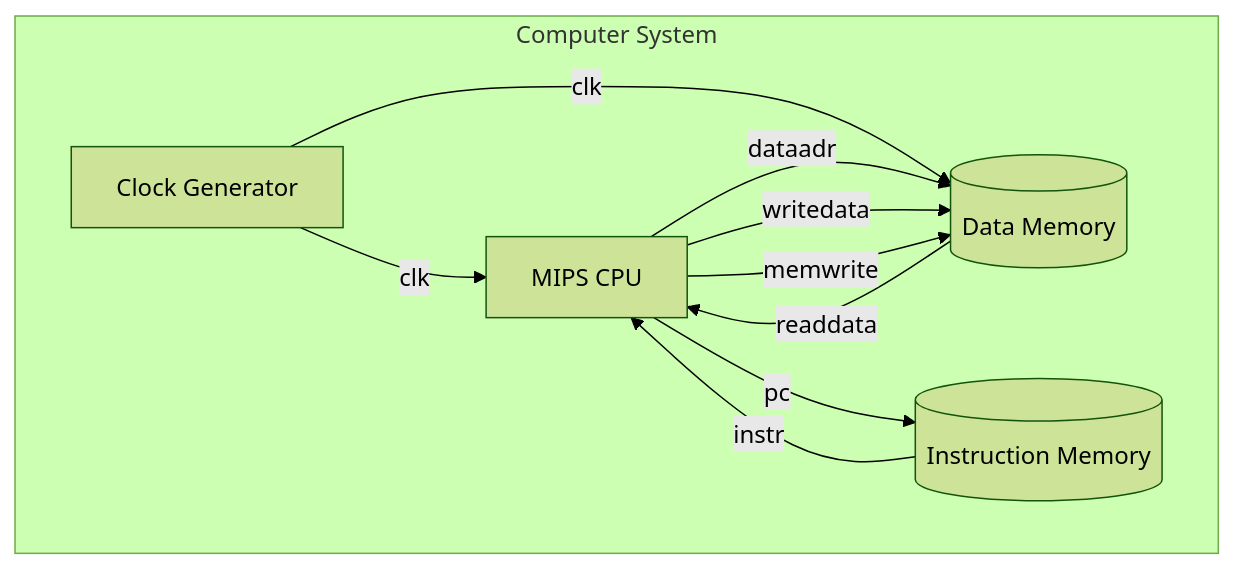
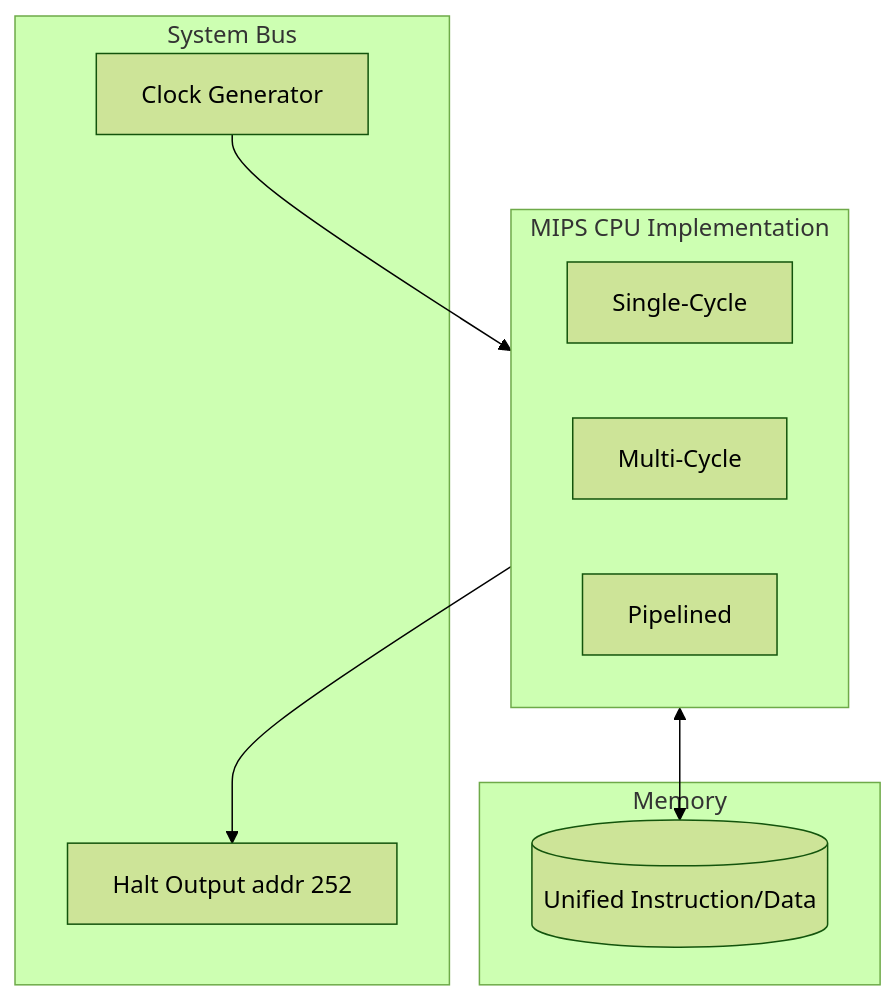
Before and after one commit to robmarano/cpu_hdl_catalog: the first of 3 diagrams in ARCHITECTURE.md, drawn with Mermaid (forest theme). The commit also changed other lines of this file and 136 other files, not shown here.

Commit message:
feat: unified MIPS template with multi-cycle implementation and advanced docs

````diff
--- a/ARCHITECTURE.md
+++ b/ARCHITECTURE.md
@@ -5,18 +9,21 @@
 ```mermaid
 graph TD
-    subgraph Computer System
+    subgraph System Bus
         CLK[Clock Generator]
-        CPU[MIPS CPU]
-        IMEM[(Instruction Memory)]
-        DMEM[(Data Memory)]
+        IO[Halt Output addr 252]
     end
 
-    CLK -->|clk| CPU
-    CLK -->|clk| DMEM
-    CPU -->|pc| IMEM
-    IMEM -->|instr| CPU
-    CPU -->|dataadr| DMEM
-    CPU -->|writedata| DMEM
-    CPU -->|memwrite| DMEM
-    DMEM -->|readdata| CPU
+    subgraph Memory
+        MEM[(Unified Instruction/Data)]
+    end
+
+    subgraph CPU[MIPS CPU Implementation]
+        SINGLE[Single-Cycle]
+        MULTI[Multi-Cycle]
+        PIPE[Pipelined]
+    end
+
+    CLK --> CPU
+    CPU <--> MEM
+    CPU --> IO
 ```
````
